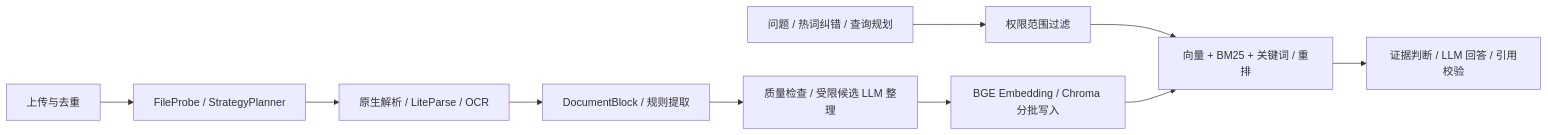
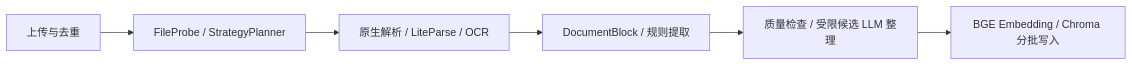
Before and after one commit to Redamancy39/rag-agent: the first of 2 diagrams in README.md, drawn with Mermaid. The commit also changed other lines of this file, not shown here.

First line of the commit message:
docs: split the system flow into ingestion and question answering

````diff
--- a/README.md
+++ b/README.md
@@ -21,12 +25,8 @@
 ```mermaid
 flowchart LR
     A[上传与去重] --> B[FileProbe / StrategyPlanner]
     B --> C[原生解析 / LiteParse / OCR]
     C --> D[DocumentBlock / 规则提取]
     D --> E[质量检查 / 受限候选 LLM 整理]
     E --> F[BGE Embedding / Chroma 分批写入]
-    G[问题 / 热词纠错 / 查询规划] --> H[权限范围过滤]
-    H --> I[向量 + BM25 + 关键词 / 重排]
-    F --> I
-    I --> J[证据判断 / LLM 回答 / 引用校验]
 ```
````
